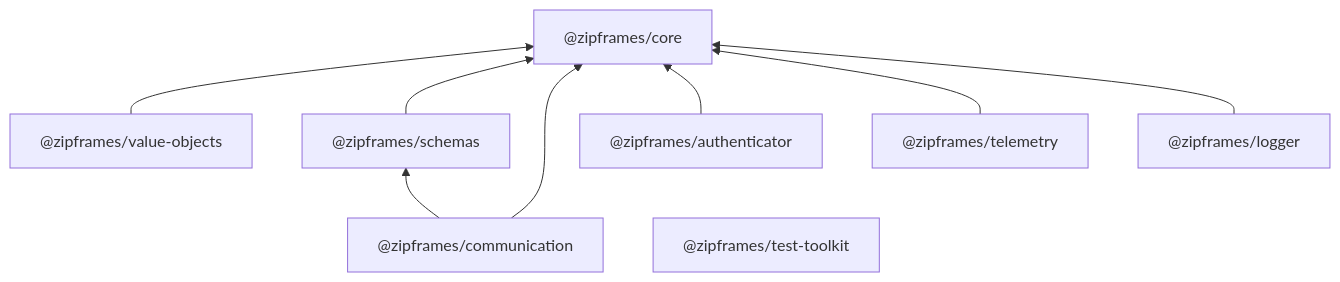
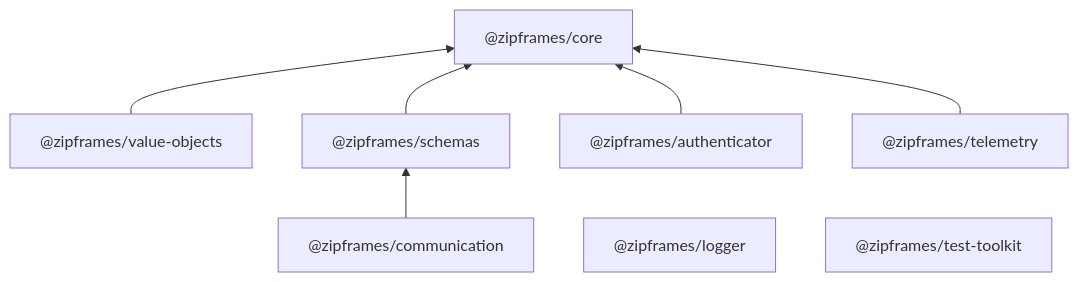
The diagram in docs/estrutura.md (zipframes/zipframes-packages), drawn with Mermaid before and after one commit. The commit also changed other lines of this file and 12 other files, not shown here.

````diff
--- a/docs/estrutura.md
+++ b/docs/estrutura.md
@@ -21,19 +21,17 @@
 ```mermaid
 flowchart BT
   core["@zipframes/core"]
   vo["@zipframes/value-objects"]
   schemas["@zipframes/schemas"]
   comm["@zipframes/communication"]
   logger["@zipframes/logger"]
   telemetry["@zipframes/telemetry"]
   auth["@zipframes/authenticator"]
   toolkit["@zipframes/test-toolkit"]
 
   vo --> core
   schemas --> core
-  comm --> core
   comm --> schemas
   auth --> core
   telemetry --> core
-  logger --> core
 ```
````
